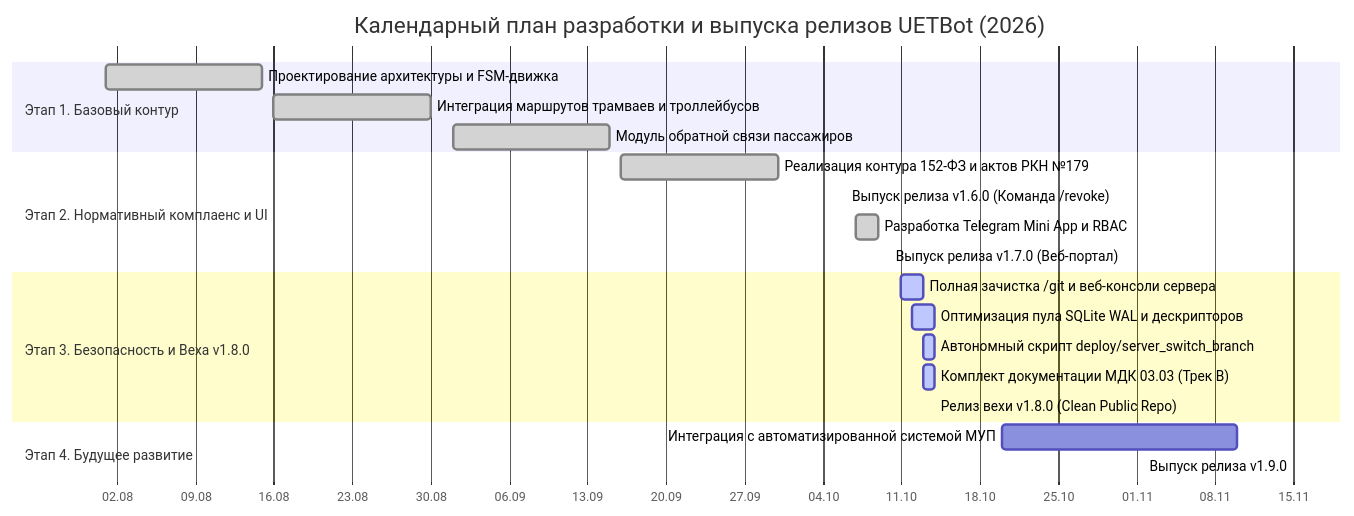
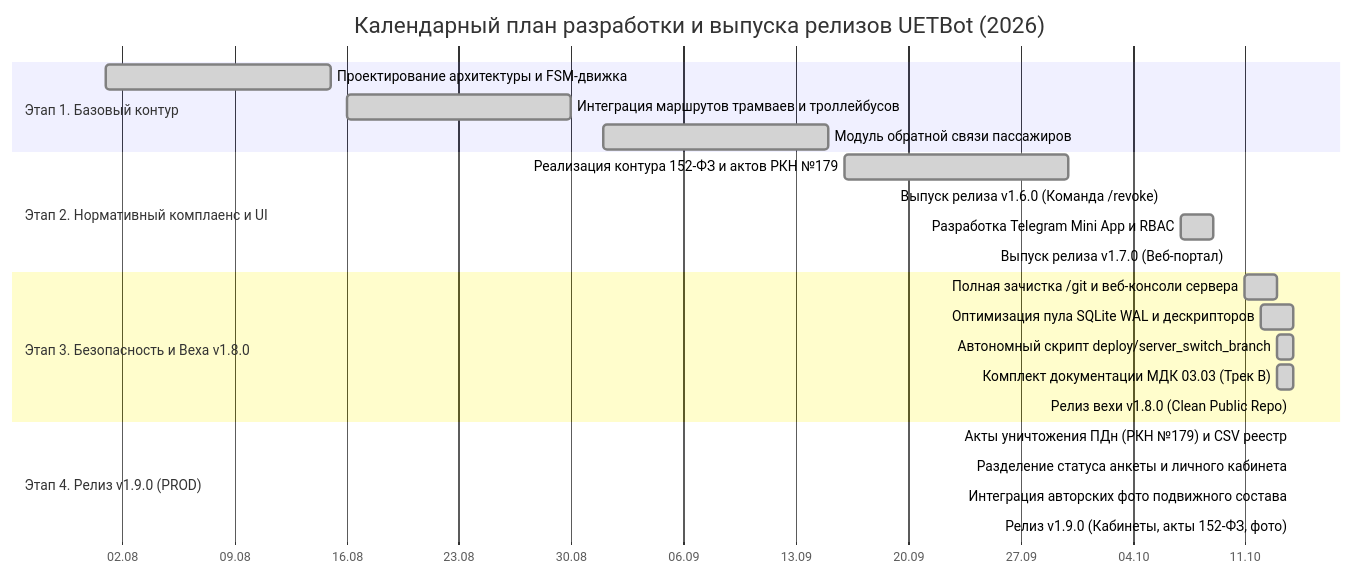
One commit to gamedich/uetbot changed the diagram in docs/diagrams/gantt.mmd. Above: the diagram before and after it, drawn with Mermaid. The commit also changed 5 other files, not shown here.

```diff
--- a/docs/diagrams/gantt.mmd
+++ b/docs/diagrams/gantt.mmd
@@ -1,26 +1,28 @@
 gantt
     title Календарный план разработки и выпуска релизов UETBot (2026)
     dateFormat  YYYY-MM-DD
     axisFormat  %d.%m
 
     section Этап 1. Базовый контур
     Проектирование архитектуры и FSM-движка       :done,    m1, 2026-08-01, 2026-08-15
     Интеграция маршрутов трамваев и троллейбусов  :done,    m2, 2026-08-16, 2026-08-30
     Модуль обратной связи пассажиров               :done,    m3, 2026-09-01, 2026-09-15
 
     section Этап 2. Нормативный комплаенс и UI
     Реализация контура 152-ФЗ и актов РКН №179    :done,    c1, 2026-09-16, 2026-09-30
     Выпуск релиза v1.6.0 (Команда /revoke)        :done,    r16, 2026-10-06, 2026-10-06
     Разработка Telegram Mini App и RBAC           :done,    c2, 2026-10-07, 2026-10-09
     Выпуск релиза v1.7.0 (Веб-портал)             :done,    r17, 2026-10-10, 2026-10-10
 
     section Этап 3. Безопасность и Веха v1.8.0
-    Полная зачистка /git и веб-консоли сервера    :active,  s1, 2026-10-11, 2026-10-13
-    Оптимизация пула SQLite WAL и дескрипторов    :active,  s2, 2026-10-12, 2026-10-14
-    Автономный скрипт deploy/server_switch_branch :active,  s3, 2026-10-13, 2026-10-14
-    Комплект документации МДК 03.03 (Трек B)      :active,  s4, 2026-10-13, 2026-10-14
-    Релиз вехи v1.8.0 (Clean Public Repo)         :crit, active, r18, 2026-10-14, 2026-10-14
+    Полная зачистка /git и веб-консоли сервера    :done,    s1, 2026-10-11, 2026-10-13
+    Оптимизация пула SQLite WAL и дескрипторов    :done,    s2, 2026-10-12, 2026-10-14
+    Автономный скрипт deploy/server_switch_branch :done,    s3, 2026-10-13, 2026-10-14
+    Комплект документации МДК 03.03 (Трек B)      :done,    s4, 2026-10-13, 2026-10-14
+    Релиз вехи v1.8.0 (Clean Public Repo)         :done,    r18, 2026-10-14, 2026-10-14
 
-    section Этап 4. Будущее развитие
-    Интеграция с автоматизированной системой МУП  :         f1, 2026-10-20, 2026-11-10
-    Выпуск релиза v1.9.0                          :         r19, 2026-11-15, 2026-11-15
+    section Этап 4. Релиз v1.9.0 (PROD)
+    Акты уничтожения ПДн (РКН №179) и CSV реестр  :done,    a1, 2026-10-14, 2026-10-14
+    Разделение статуса анкеты и личного кабинета  :done,    a2, 2026-10-14, 2026-10-14
+    Интеграция авторских фото подвижного состава  :done,    a3, 2026-10-14, 2026-10-14
+    Релиз v1.9.0 (Кабинеты, акты 152-ФЗ, фото)    :crit, active, r19, 2026-10-14, 2026-10-14
```
